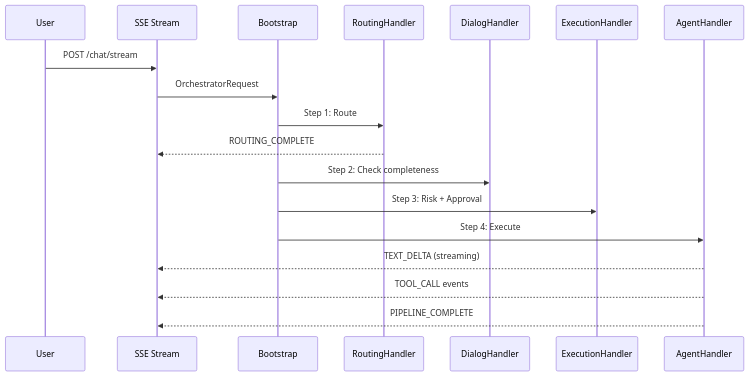
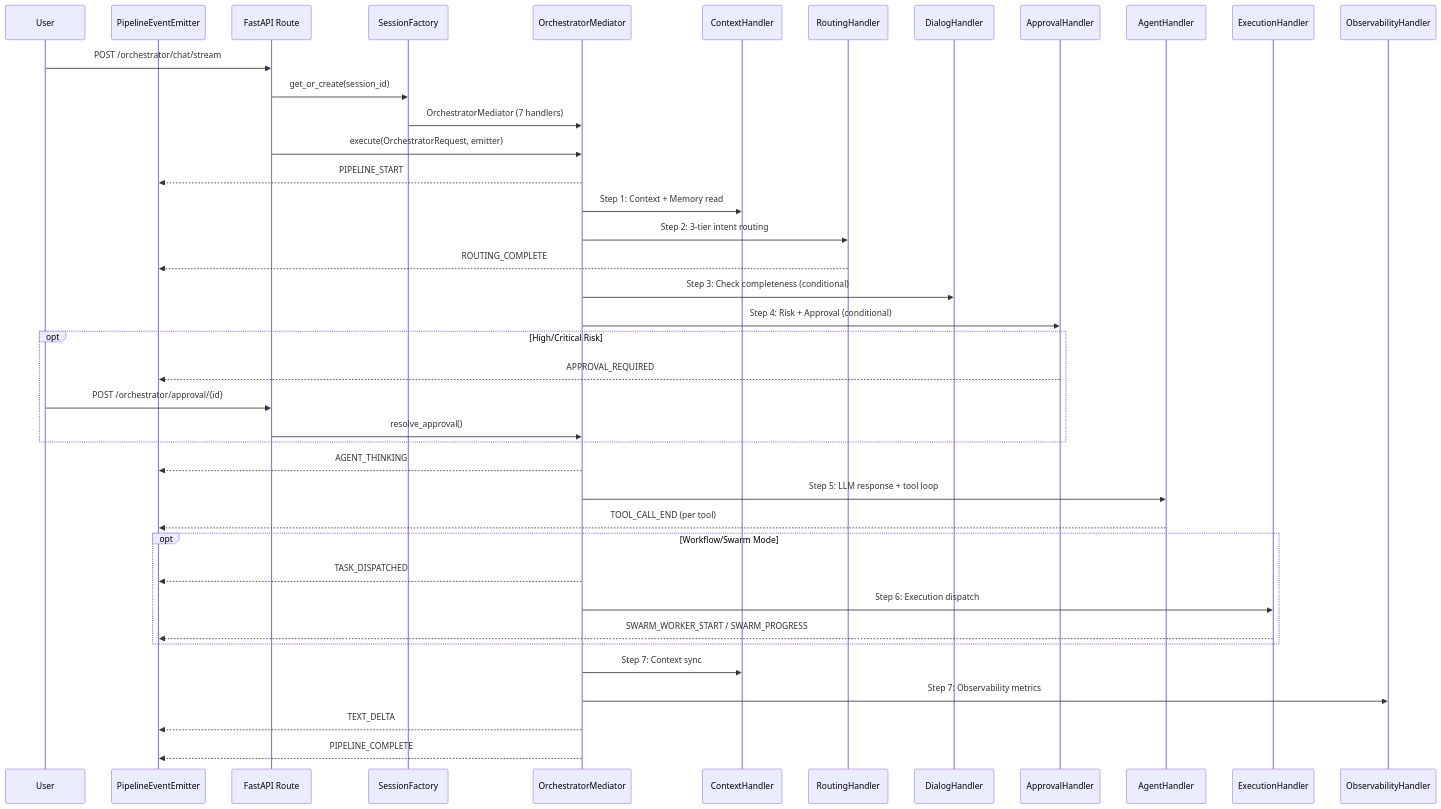
One commit to laitim2001/ai-semantic-kernel-framework-project changed the first of 3 diagrams in docs/07-analysis/V9/04-flows/flows-06-to-08.md. Above: the diagram before and after it, drawn with Mermaid. The commit also changed other lines of this file and 8 other files, not shown here.

````diff
--- a/docs/07-analysis/V9/04-flows/flows-06-to-08.md
+++ b/docs/07-analysis/V9/04-flows/flows-06-to-08.md
@@ -13,21 +13,43 @@
 ```mermaid
 sequenceDiagram
     participant U as User
-    participant SSE as SSE Stream
-    participant BOOT as Bootstrap
+    participant SSE as PipelineEventEmitter
+    participant API as FastAPI Route
+    participant SF as SessionFactory
+    participant MED as OrchestratorMediator
+    participant CTX as ContextHandler
     participant ROUTE as RoutingHandler
     participant DIALOG as DialogHandler
+    participant APPR as ApprovalHandler
+    participant AGENT as AgentHandler
     participant EXEC as ExecutionHandler
-    participant AGENT as AgentHandler
+    participant OBS as ObservabilityHandler
 
-    U->>SSE: POST /chat/stream
-    SSE->>BOOT: OrchestratorRequest
-    BOOT->>ROUTE: Step 1: Route
+    U->>API: POST /orchestrator/chat/stream
+    API->>SF: get_or_create(session_id)
+    SF->>MED: OrchestratorMediator (7 handlers)
+    API->>MED: execute(OrchestratorRequest, emitter)
+    MED-->>SSE: PIPELINE_START
+    MED->>CTX: Step 1: Context + Memory read
+    MED->>ROUTE: Step 2: 3-tier intent routing
     ROUTE-->>SSE: ROUTING_COMPLETE
-    BOOT->>DIALOG: Step 2: Check completeness
-    BOOT->>EXEC: Step 3: Risk + Approval
-    BOOT->>AGENT: Step 4: Execute
-    AGENT-->>SSE: TEXT_DELTA (streaming)
-    AGENT-->>SSE: TOOL_CALL events
-    AGENT-->>SSE: PIPELINE_COMPLETE
+    MED->>DIALOG: Step 3: Check completeness (conditional)
+    MED->>APPR: Step 4: Risk + Approval (conditional)
+    opt High/Critical Risk
+        APPR-->>SSE: APPROVAL_REQUIRED
+        U->>API: POST /orchestrator/approval/{id}
+        API->>MED: resolve_approval()
+    end
+    MED-->>SSE: AGENT_THINKING
+    MED->>AGENT: Step 5: LLM response + tool loop
+    AGENT-->>SSE: TOOL_CALL_END (per tool)
+    opt Workflow/Swarm Mode
+        MED-->>SSE: TASK_DISPATCHED
+        MED->>EXEC: Step 6: Execution dispatch
+        EXEC-->>SSE: SWARM_WORKER_START / SWARM_PROGRESS
+    end
+    MED->>CTX: Step 7: Context sync
+    MED->>OBS: Step 7: Observability metrics
+    MED-->>SSE: TEXT_DELTA
+    MED-->>SSE: PIPELINE_COMPLETE
 ```
````
